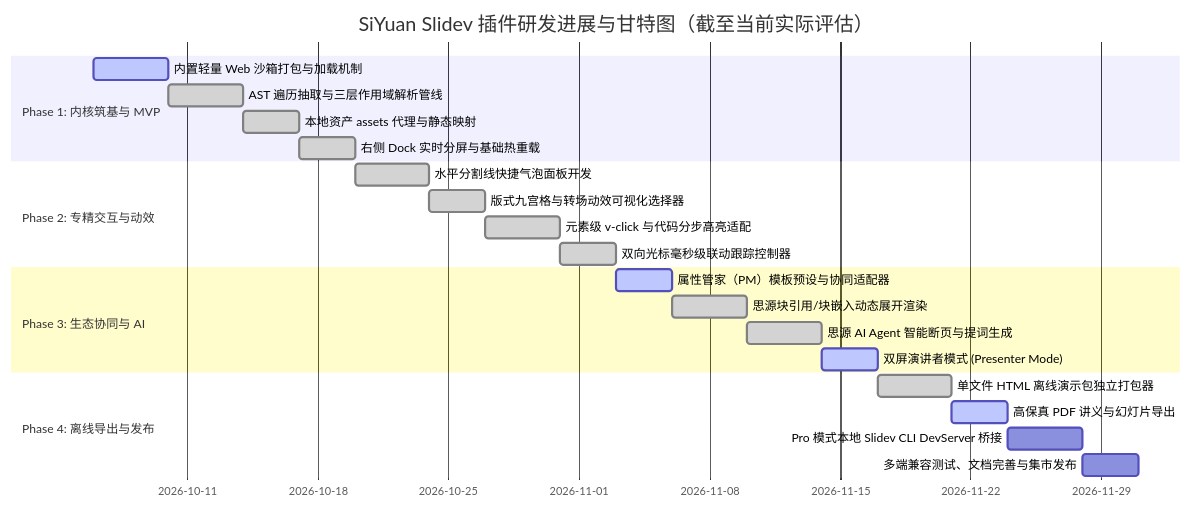
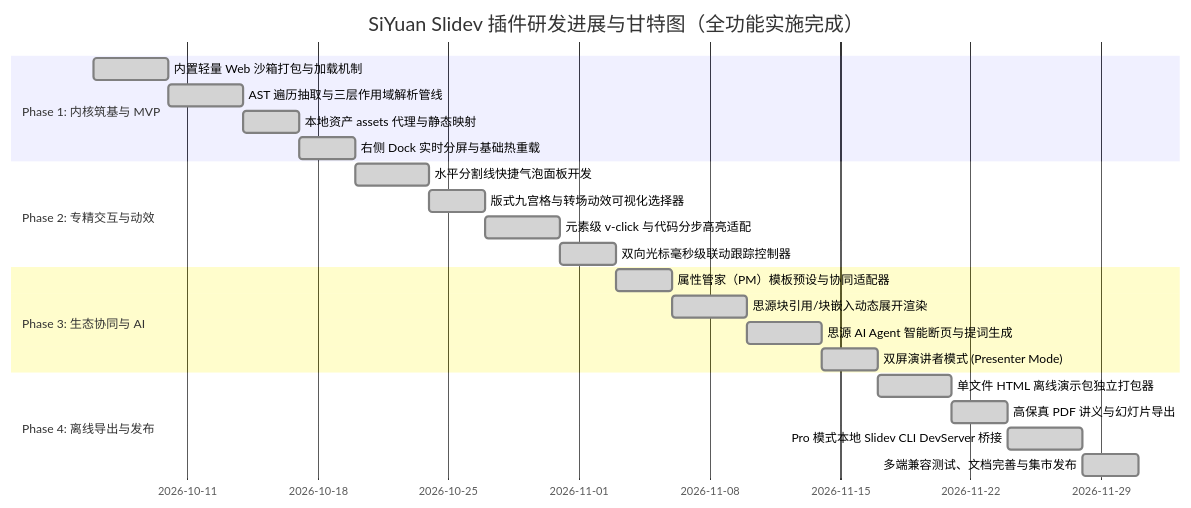
One commit to famotime/siyuan-live-slides changed the fourth of 4 diagrams in docs/implementation-plan-and-development-schedule.md. Above: the diagram before and after it, drawn with Mermaid. The commit also changed other lines of this file and 9 other files, not shown here.

````diff
--- a/docs/implementation-plan-and-development-schedule.md
+++ b/docs/implementation-plan-and-development-schedule.md
@@ -150,25 +150,25 @@
 ```mermaid
 gantt
-    title SiYuan Slidev 插件研发进展与甘特图（截至当前实际评估）
+    title SiYuan Slidev 插件研发进展与甘特图（全功能实施完成）
     dateFormat  YYYY-MM-DD
     section Phase 1: 内核筑基与 MVP
-    内置轻量 Web 沙箱打包与加载机制       :active, p1_1, 2026-10-06, 4d
+    内置轻量 Web 沙箱打包与加载机制       :done, p1_1, 2026-10-06, 4d
     AST 遍历抽取与三层作用域解析管线     :done, p1_2, after p1_1, 4d
     本地资产 assets 代理与静态映射       :done, p1_3, after p1_2, 3d
     右侧 Dock 实时分屏与基础热重载       :done, p1_4, after p1_3, 3d
     section Phase 2: 专精交互与动效
     水平分割线快捷气泡面板开发           :done, p2_1, 2026-10-20, 4d
     版式九宫格与转场动效可视化选择器     :done, p2_2, after p2_1, 3d
     元素级 v-click 与代码分步高亮适配    :done, p2_3, after p2_2, 4d
     双向光标毫秒级联动跟踪控制器         :done, p2_4, after p2_3, 3d
     section Phase 3: 生态协同与 AI
-    属性管家（PM）模板预设与协同适配器   :active, p3_1, 2026-11-03, 3d
+    属性管家（PM）模板预设与协同适配器   :done, p3_1, 2026-11-03, 3d
     思源块引用/块嵌入动态展开渲染        :done, p3_2, after p3_1, 4d
     思源 AI Agent 智能断页与提词生成     :done, p3_3, after p3_2, 4d
-    双屏演讲者模式 (Presenter Mode)      :active, p3_4, after p3_3, 3d
+    双屏演讲者模式 (Presenter Mode)      :done, p3_4, after p3_3, 3d
     section Phase 4: 离线导出与发布
     单文件 HTML 离线演示包独立打包器     :done, p4_1, 2026-11-17, 4d
-    高保真 PDF 讲义与幻灯片导出          :active, p4_2, after p4_1, 3d
-    Pro 模式本地 Slidev CLI DevServer 桥接:p4_3, after p4_2, 4d
-    多端兼容测试、文档完善与集市发布     :p4_4, after p4_3, 3d
+    高保真 PDF 讲义与幻灯片导出          :done, p4_2, after p4_1, 3d
+    Pro 模式本地 Slidev CLI DevServer 桥接:done, p4_3, after p4_2, 4d
+    多端兼容测试、文档完善与集市发布     :done, p4_4, after p4_3, 3d
 ```
````
